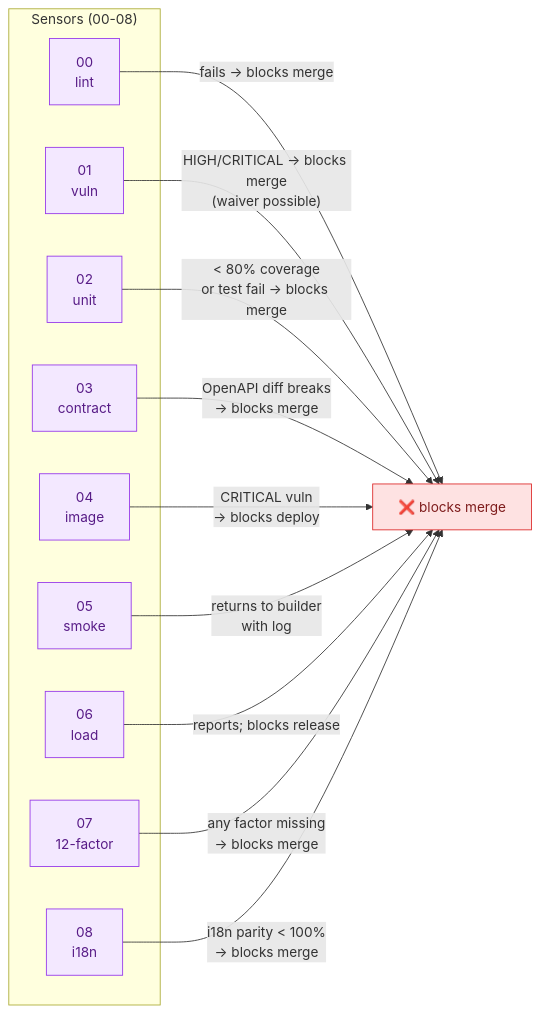
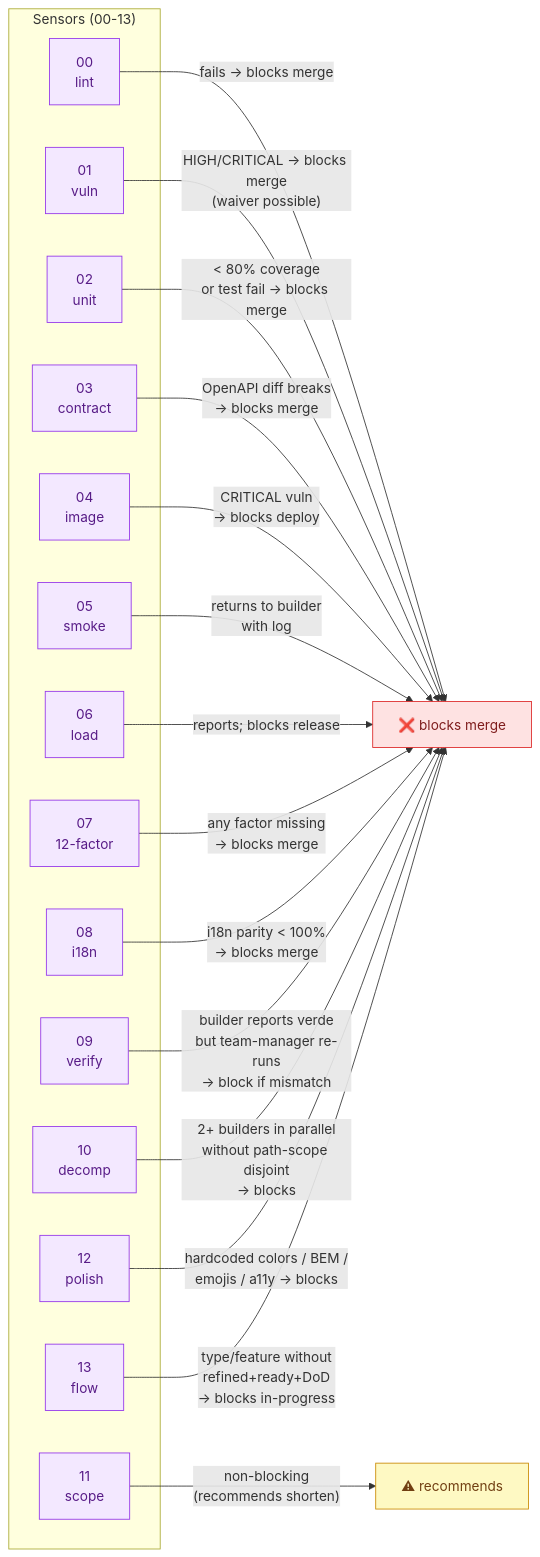
Before and after one commit to brenonaraujo/git-meta-harness: the fifth of 6 diagrams in README.md, drawn with Mermaid. The commit also changed other lines of this file, not shown here.

First line of the commit message:
docs(readme): update for v1.13.0 (27 releases, 13 sensors, 24 invariants)

````diff
--- a/README.md
+++ b/README.md
@@ -355,29 +390,41 @@
 ```mermaid
 flowchart LR
-    subgraph S["Sensors (00-08)"]
+    subgraph S["Sensors (00-13)"]
         S00["00<br/>lint"]
         S01["01<br/>vuln"]
         S02["02<br/>unit"]
         S03["03<br/>contract"]
         S04["04<br/>image"]
         S05["05<br/>smoke"]
         S06["06<br/>load"]
         S07["07<br/>12-factor"]
         S08["08<br/>i18n"]
+        S09["09<br/>verify"]
+        S10["10<br/>decomp"]
+        S11["11<br/>scope"]
+        S12["12<br/>polish"]
+        S13["13<br/>flow"]
     end
 
     S00 -->|"fails → blocks merge"| MERGE["❌ blocks merge"]
     S01 -->|"HIGH/CRITICAL → blocks merge<br/>(waiver possible)"| MERGE
     S02 -->|"< 80% coverage<br/>or test fail → blocks merge"| MERGE
     S03 -->|"OpenAPI diff breaks<br/>→ blocks merge"| MERGE
     S04 -->|"CRITICAL vuln<br/>→ blocks deploy"| MERGE
     S05 -->|"returns to builder<br/>with log"| MERGE
     S06 -->|"reports; blocks release"| MERGE
     S07 -->|"any factor missing<br/>→ blocks merge"| MERGE
     S08 -->|"i18n parity < 100%<br/>→ blocks merge"| MERGE
+    S09 -->|"builder reports verde<br/>but team-manager re-runs<br/>→ block if mismatch"| MERGE
+    S10 -->|"2+ builders in parallel<br/>without path-scope disjoint<br/>→ blocks"| MERGE
+    S11 -->|"non-blocking<br/>(recommends shorten)"| WARN["⚠ recommends"]
+    S12 -->|"hardcoded colors / BEM /<br/>emojis / a11y → blocks"| MERGE
+    S13 -->|"type/feature without<br/>refined+ready+DoD<br/>→ blocks in-progress"| MERGE
 
     classDef blocking fill:#fee2e2,stroke:#dc2626,color:#7f1d1d
+    classDef warn fill:#fef9c3,stroke:#ca8a04,color:#713f12
     classDef sensor fill:#f3e8ff,stroke:#9333ea,color:#581c87
     class MERGE blocking
-    class S00,S01,S02,S03,S04,S05,S06,S07,S08 sensor
+    class WARN warn
+    class S00,S01,S02,S03,S04,S05,S06,S07,S08,S09,S10,S11,S12,S13 sensor
 ```
````
